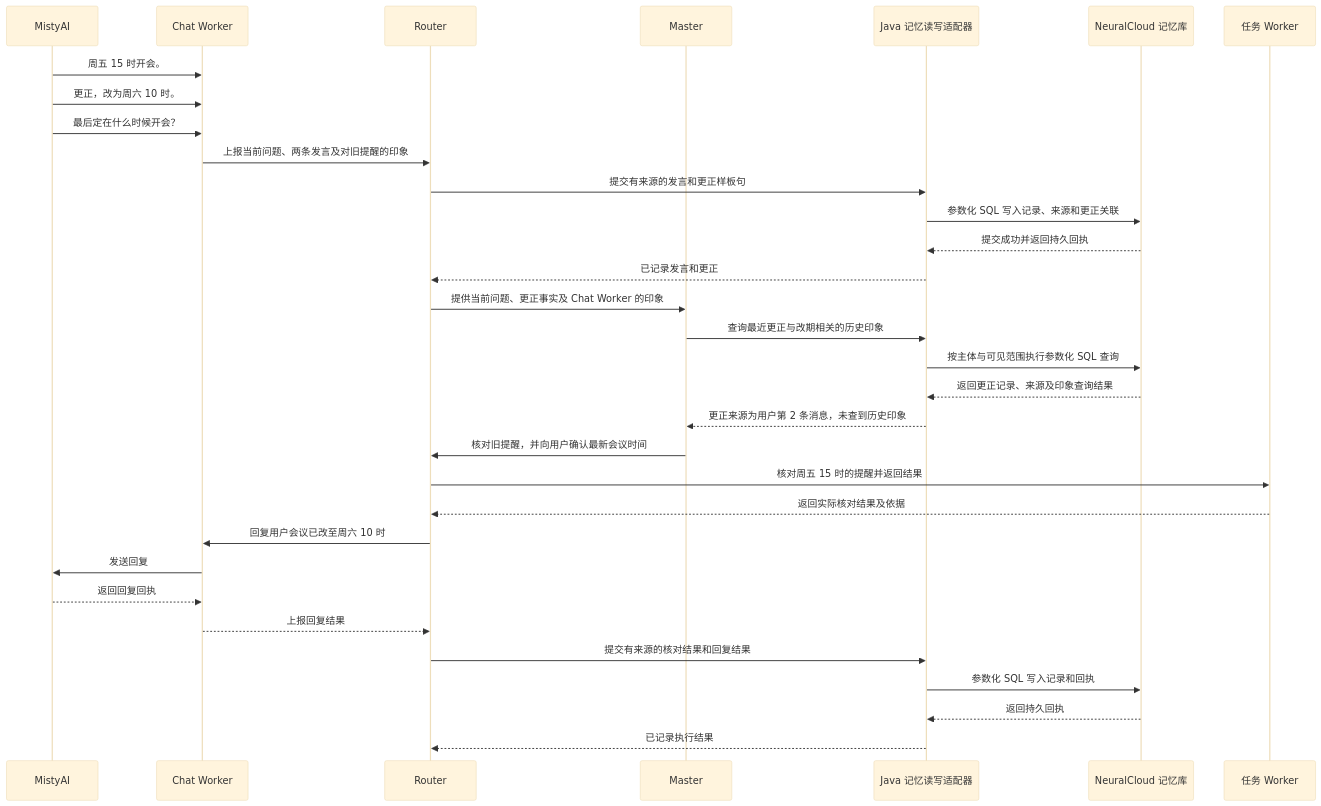
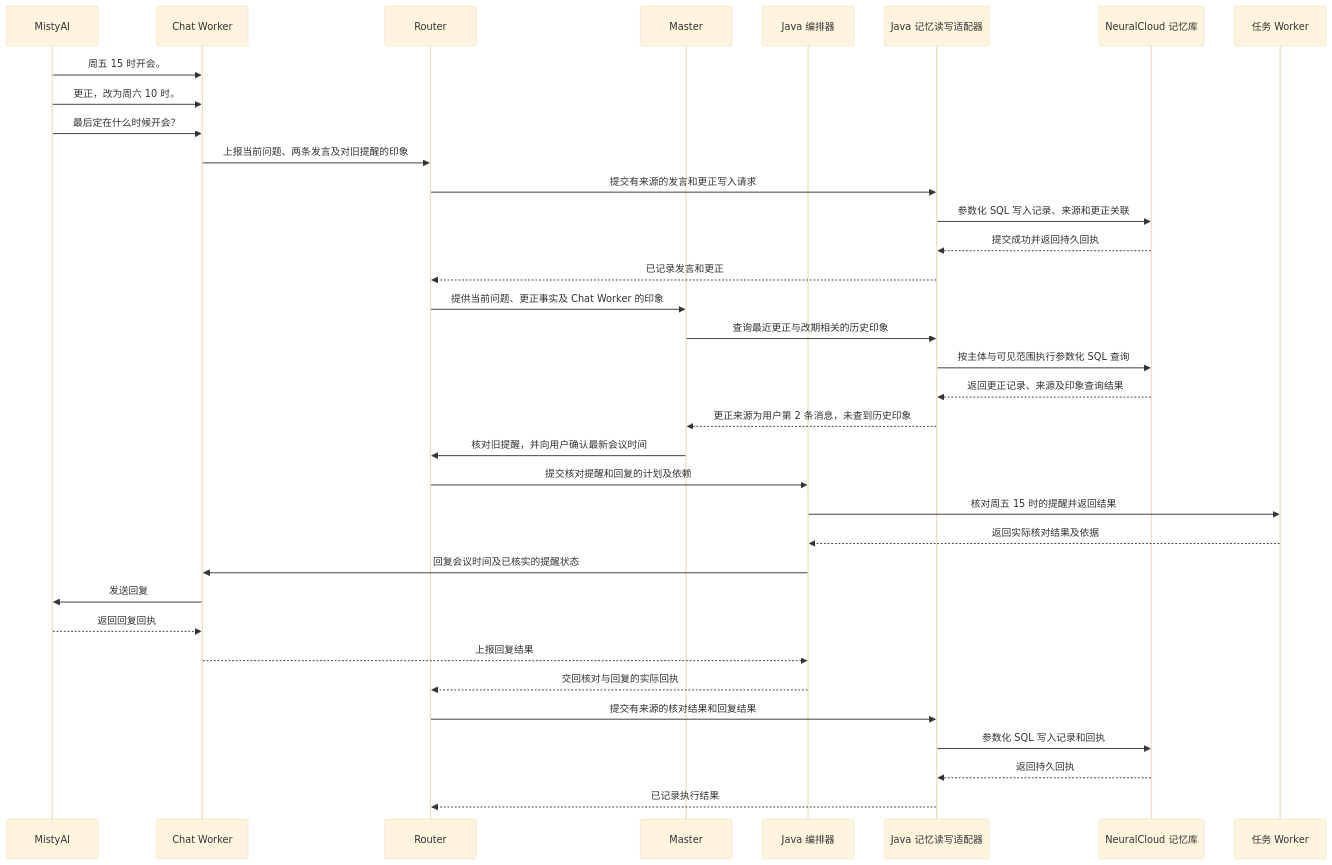
One commit to QiuYuAkiGO/NeuralCloud changed the second of 2 diagrams in docs/proposals/master-worker-router-software-design-20261119.md. Above: the diagram before and after it, drawn with Mermaid (base theme). The commit also changed other lines of this file and 2 other files, not shown here.

Commit message:
确定 27B 联调基准并细化 Router 首版设计

````diff
--- a/docs/proposals/master-worker-router-software-design-20261119.md
+++ b/docs/proposals/master-worker-router-software-design-20261119.md
@@ -53,35 +58,38 @@
 ```mermaid
 sequenceDiagram
     participant Misty as MistyAI
     participant Chat as Chat Worker
     participant Router
     participant Master
+    participant Orchestrator as Java 编排器
     participant Adapter as Java 记忆读写适配器
     participant Memory as NeuralCloud 记忆库
     participant Task as 任务 Worker
 
     Misty->>Chat: 周五 15 时开会。
     Misty->>Chat: 更正，改为周六 10 时。
     Misty->>Chat: 最后定在什么时候开会？
     Chat->>Router: 上报当前问题、两条发言及对旧提醒的印象
-    Router->>Adapter: 提交有来源的发言和更正样板句
+    Router->>Adapter: 提交有来源的发言和更正写入请求
     Adapter->>Memory: 参数化 SQL 写入记录、来源和更正关联
     Memory-->>Adapter: 提交成功并返回持久回执
     Adapter-->>Router: 已记录发言和更正
     Router->>Master: 提供当前问题、更正事实及 Chat Worker 的印象
     Master->>Adapter: 查询最近更正与改期相关的历史印象
     Adapter->>Memory: 按主体与可见范围执行参数化 SQL 查询
     Memory-->>Adapter: 返回更正记录、来源及印象查询结果
     Adapter-->>Master: 更正来源为用户第 2 条消息，未查到历史印象
     Master->>Router: 核对旧提醒，并向用户确认最新会议时间
-    Router->>Task: 核对周五 15 时的提醒并返回结果
-    Task-->>Router: 返回实际核对结果及依据
-    Router->>Chat: 回复用户会议已改至周六 10 时
+    Router->>Orchestrator: 提交核对提醒和回复的计划及依赖
+    Orchestrator->>Task: 核对周五 15 时的提醒并返回结果
+    Task-->>Orchestrator: 返回实际核对结果及依据
+    Orchestrator->>Chat: 回复会议时间及已核实的提醒状态
     Chat->>Misty: 发送回复
     Misty-->>Chat: 返回回复回执
-    Chat-->>Router: 上报回复结果
+    Chat-->>Orchestrator: 上报回复结果
+    Orchestrator-->>Router: 交回核对与回复的实际回执
     Router->>Adapter: 提交有来源的核对结果和回复结果
     Adapter->>Memory: 参数化 SQL 写入记录和回执
     Memory-->>Adapter: 返回持久回执
     Adapter-->>Router: 已记录执行结果
 ```
````
